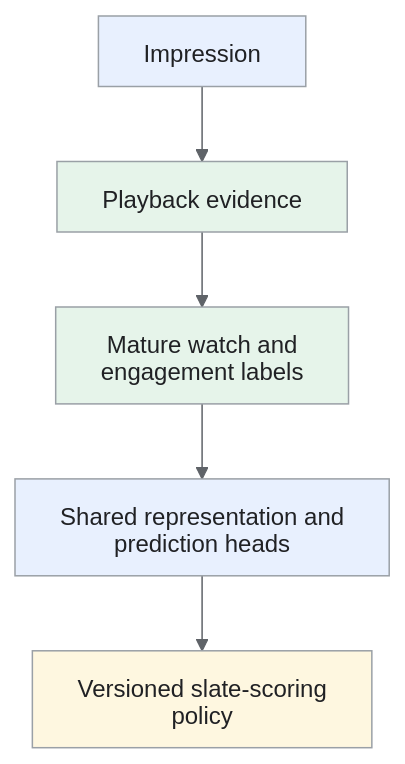
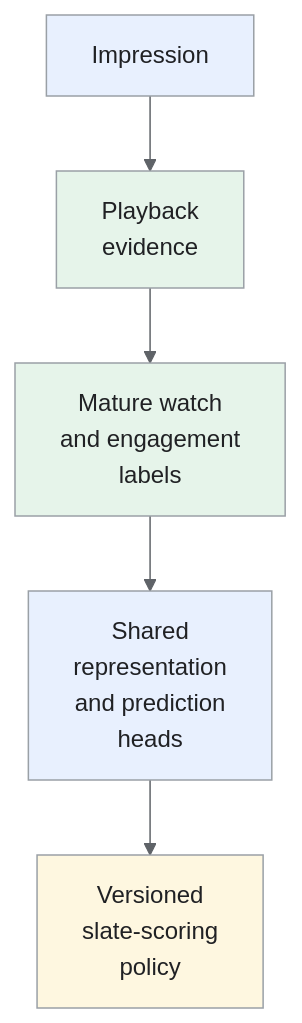
One commit to iliazlobin/iliazlobin.github.io changed the fifth of 5 diagrams in _designs/video-recommendations.md. Above: the diagram before and after it, drawn with Mermaid. The commit also changed other lines of this file and 116 other files, not shown here.

````diff
--- a/_designs/video-recommendations.md
+++ b/_designs/video-recommendations.md
@@ -305,15 +333,15 @@
 ```mermaid
-%%{init: {'theme':'base','htmlLabels':false,'flowchart':{'htmlLabels':false},'themeVariables':{'fontFamily':'Arial, sans-serif','primaryColor':'#e8f0fe','primaryTextColor':'#202124','primaryBorderColor':'#9aa0a6','lineColor':'#5f6368','secondaryColor':'#e6f4ea','tertiaryColor':'#fef7e0','actorBkg':'#e8f0fe','actorBorder':'#9aa0a6','actorTextColor':'#202124','noteBkgColor':'#fef7e0','noteTextColor':'#202124','noteBorderColor':'#9aa0a6','signalColor':'#5f6368','signalTextColor':'#202124','labelBoxBkgColor':'#fef7e0','labelBoxBorderColor':'#9aa0a6'}}}%%
+%%{init: {"theme":"base","themeVariables":{"primaryColor":"#e8f0fe","primaryBorderColor":"#9aa0a6","primaryTextColor":"#202124","secondaryColor":"#e6f4ea","tertiaryColor":"#fef7e0","lineColor":"#5f6368","actorBkg":"#e8f0fe","actorBorder":"#9aa0a6","actorTextColor":"#202124","noteBkgColor":"#fef7e0","noteBorderColor":"#9aa0a6","noteTextColor":"#202124","signalColor":"#5f6368","signalTextColor":"#202124"}}}%%
 flowchart TB
-    A["Impression"] --> B["Playback evidence"]
-    B --> C["Mature watch and engagement labels"]
-    C --> D["Shared representation and prediction heads"]
-    D --> E["Versioned slate-scoring policy"]
+    A["Impression"] --> B["Playback<br>evidence"]
+    B --> C["Mature watch<br>and engagement<br>labels"]
+    C --> D["Shared<br>representation<br>and prediction<br>heads"]
+    D --> E["Versioned<br>slate-scoring<br>policy"]
     class A,D request;
     class B,C data;
     class E control;
 classDef request fill:#e8f0fe,stroke:#9aa0a6,color:#202124;
 classDef data fill:#e6f4ea,stroke:#9aa0a6,color:#202124;
 classDef control fill:#fef7e0,stroke:#9aa0a6,color:#202124;
 classDef danger fill:#fce8e6,stroke:#9aa0a6,color:#202124;
 ```
````
